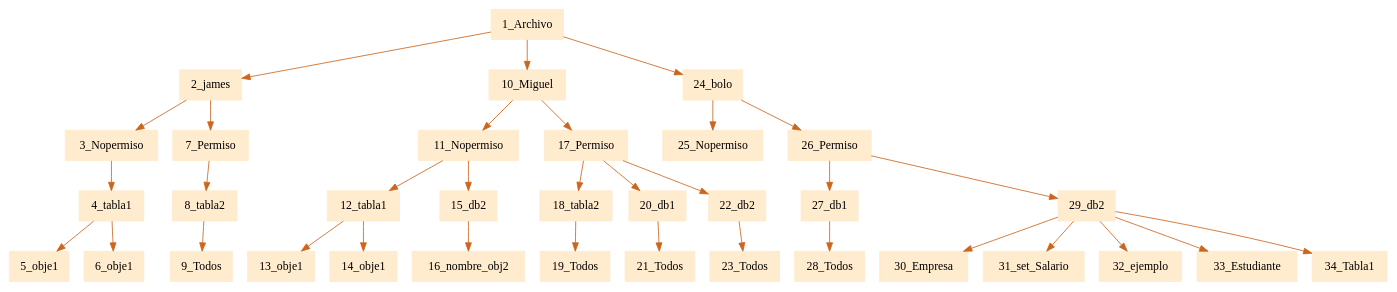
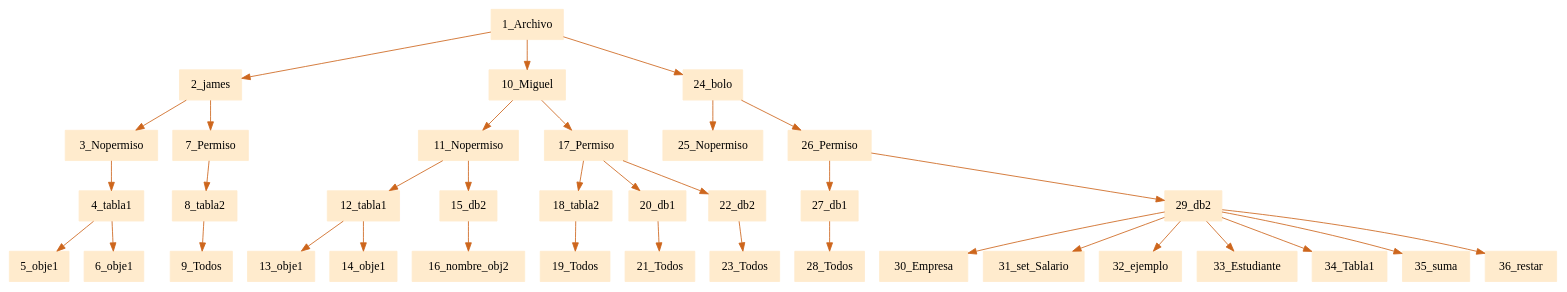
One commit to JamesMelgar/compi2javaccpr1 changed the diagram in pr1Compilarodores2/usu.dot. Above: the diagram before and after it, drawn with Graphviz. The commit also changed 23 other files, not shown here.

```diff
--- a/pr1Compilarodores2/usu.dot
+++ b/pr1Compilarodores2/usu.dot
@@ -1,5 +1,5 @@
 digraph G {node[shape=box, style=filled, color=blanchedalmond]; edge[color=chocolate3];rankdir=UD 
 
-"1_Archivo"->"2_james""2_james"->"3_Nopermiso""3_Nopermiso"->"4_tabla1""4_tabla1"->"5_obje1""4_tabla1"->"6_obje1""2_james"->"7_Permiso""7_Permiso"->"8_tabla2""8_tabla2"->"9_Todos""1_Archivo"->"10_Miguel""10_Miguel"->"11_Nopermiso""11_Nopermiso"->"12_tabla1""12_tabla1"->"13_obje1""12_tabla1"->"14_obje1""11_Nopermiso"->"15_db2""15_db2"->"16_nombre_obj2""10_Miguel"->"17_Permiso""17_Permiso"->"18_tabla2""18_tabla2"->"19_Todos""17_Permiso"->"20_db1""20_db1"->"21_Todos""17_Permiso"->"22_db2""22_db2"->"23_Todos""1_Archivo"->"24_bolo""24_bolo"->"25_Nopermiso""24_bolo"->"26_Permiso""26_Permiso"->"27_db1""27_db1"->"28_Todos""26_Permiso"->"29_db2""29_db2"->"30_Empresa""29_db2"->"31_set_Salario""29_db2"->"32_ejemplo""29_db2"->"33_Estudiante""29_db2"->"34_Tabla1"
+"1_Archivo"->"2_james""2_james"->"3_Nopermiso""3_Nopermiso"->"4_tabla1""4_tabla1"->"5_obje1""4_tabla1"->"6_obje1""2_james"->"7_Permiso""7_Permiso"->"8_tabla2""8_tabla2"->"9_Todos""1_Archivo"->"10_Miguel""10_Miguel"->"11_Nopermiso""11_Nopermiso"->"12_tabla1""12_tabla1"->"13_obje1""12_tabla1"->"14_obje1""11_Nopermiso"->"15_db2""15_db2"->"16_nombre_obj2""10_Miguel"->"17_Permiso""17_Permiso"->"18_tabla2""18_tabla2"->"19_Todos""17_Permiso"->"20_db1""20_db1"->"21_Todos""17_Permiso"->"22_db2""22_db2"->"23_Todos""1_Archivo"->"24_bolo""24_bolo"->"25_Nopermiso""24_bolo"->"26_Permiso""26_Permiso"->"27_db1""27_db1"->"28_Todos""26_Permiso"->"29_db2""29_db2"->"30_Empresa""29_db2"->"31_set_Salario""29_db2"->"32_ejemplo""29_db2"->"33_Estudiante""29_db2"->"34_Tabla1""29_db2"->"35_suma""29_db2"->"36_restar"
 
 }
```
